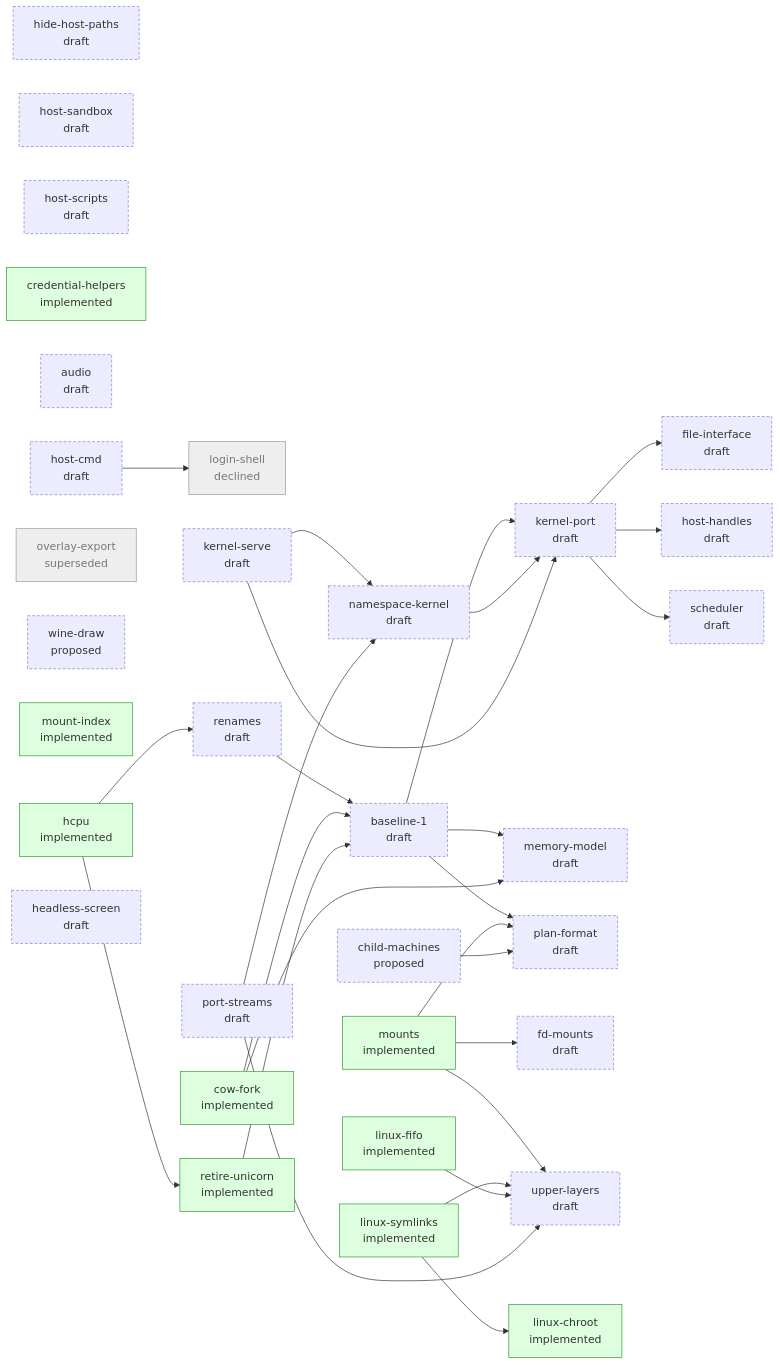
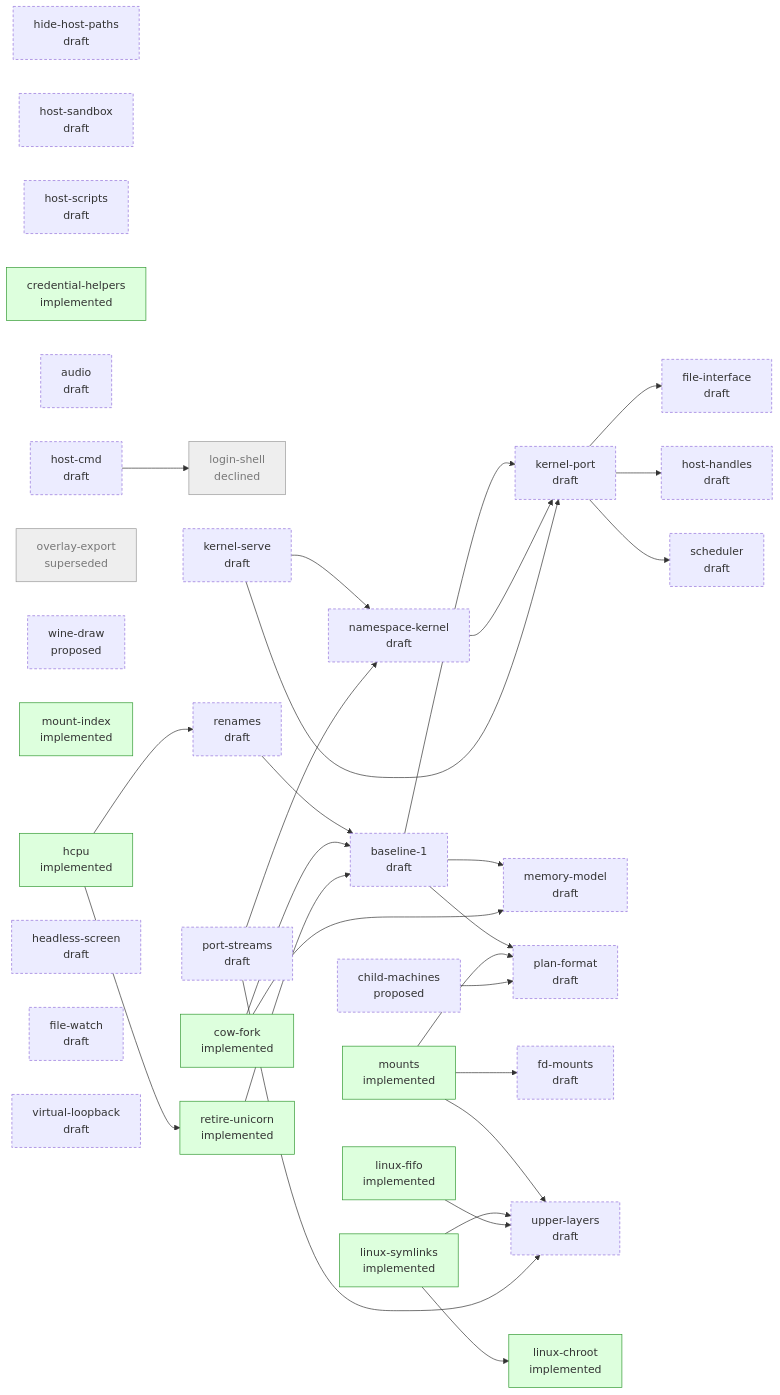
One commit to progrium/hyper9 changed the diagram in design/STATUS.md. Above: the diagram before and after it, drawn with Mermaid. The commit also changed other lines of this file, not shown here.

Commit message:
design: regenerate STATUS.md

````diff
--- a/design/STATUS.md
+++ b/design/STATUS.md
@@ -42,64 +44,66 @@
 ```mermaid
 flowchart LR
   classDef draft stroke-dasharray: 4 3
   classDef accepted stroke-width: 2px
   classDef implemented fill:#dfd,stroke:#393
   classDef closed fill:#eee,stroke:#999,color:#777
   p_hide_host_paths["hide-host-paths<br/>draft"]:::draft
   p_host_sandbox["host-sandbox<br/>draft"]:::draft
   p_host_scripts["host-scripts<br/>draft"]:::draft
   p_credential_helpers["credential-helpers<br/>implemented"]:::implemented
   p_audio["audio<br/>draft"]:::draft
   p_host_cmd["host-cmd<br/>draft"]:::draft
   p_overlay_export["overlay-export<br/>superseded"]:::closed
   p_login_shell["login-shell<br/>declined"]:::closed
   p_child_machines["child-machines<br/>proposed"]:::draft
   p_cow_fork["cow-fork<br/>implemented"]:::implemented
   p_wine_draw["wine-draw<br/>proposed"]:::draft
   p_mount_index["mount-index<br/>implemented"]:::implemented
   p_hcpu["hcpu<br/>implemented"]:::implemented
   p_kernel_serve["kernel-serve<br/>draft"]:::draft
   p_namespace_kernel["namespace-kernel<br/>draft"]:::draft
   p_port_streams["port-streams<br/>draft"]:::draft
   p_linux_fifo["linux-fifo<br/>implemented"]:::implemented
   p_mounts["mounts<br/>implemented"]:::implemented
   p_baseline_1["baseline-1<br/>draft"]:::draft
   p_file_interface["file-interface<br/>draft"]:::draft
   p_host_handles["host-handles<br/>draft"]:::draft
   p_kernel_port["kernel-port<br/>draft"]:::draft
   p_linux_symlinks["linux-symlinks<br/>implemented"]:::implemented
   p_memory_model["memory-model<br/>draft"]:::draft
   p_plan_format["plan-format<br/>draft"]:::draft
   p_renames["renames<br/>draft"]:::draft
   p_retire_unicorn["retire-unicorn<br/>implemented"]:::implemented
   p_scheduler["scheduler<br/>draft"]:::draft
   p_fd_mounts["fd-mounts<br/>draft"]:::draft
   p_upper_layers["upper-layers<br/>draft"]:::draft
   p_headless_screen["headless-screen<br/>draft"]:::draft
+  p_file_watch["file-watch<br/>draft"]:::draft
   p_linux_chroot["linux-chroot<br/>implemented"]:::implemented
+  p_virtual_loopback["virtual-loopback<br/>draft"]:::draft
   p_host_cmd --> p_login_shell
   p_kernel_serve --> p_namespace_kernel
   p_port_streams --> p_namespace_kernel
   p_renames --> p_baseline_1
   p_cow_fork --> p_baseline_1
   p_retire_unicorn --> p_baseline_1
   p_kernel_port --> p_file_interface
   p_kernel_port --> p_host_handles
   p_baseline_1 --> p_kernel_port
   p_namespace_kernel --> p_kernel_port
   p_kernel_serve --> p_kernel_port
   p_baseline_1 --> p_memory_model
   p_cow_fork --> p_memory_model
   p_baseline_1 --> p_plan_format
   p_mounts --> p_plan_format
   p_child_machines --> p_plan_format
   p_hcpu --> p_renames
   p_hcpu --> p_retire_unicorn
   p_kernel_port --> p_scheduler
   p_mounts --> p_fd_mounts
   p_mounts --> p_upper_layers
   p_linux_symlinks --> p_upper_layers
   p_linux_fifo --> p_upper_layers
   p_port_streams --> p_upper_layers
   p_linux_symlinks --> p_linux_chroot
 ```
````
